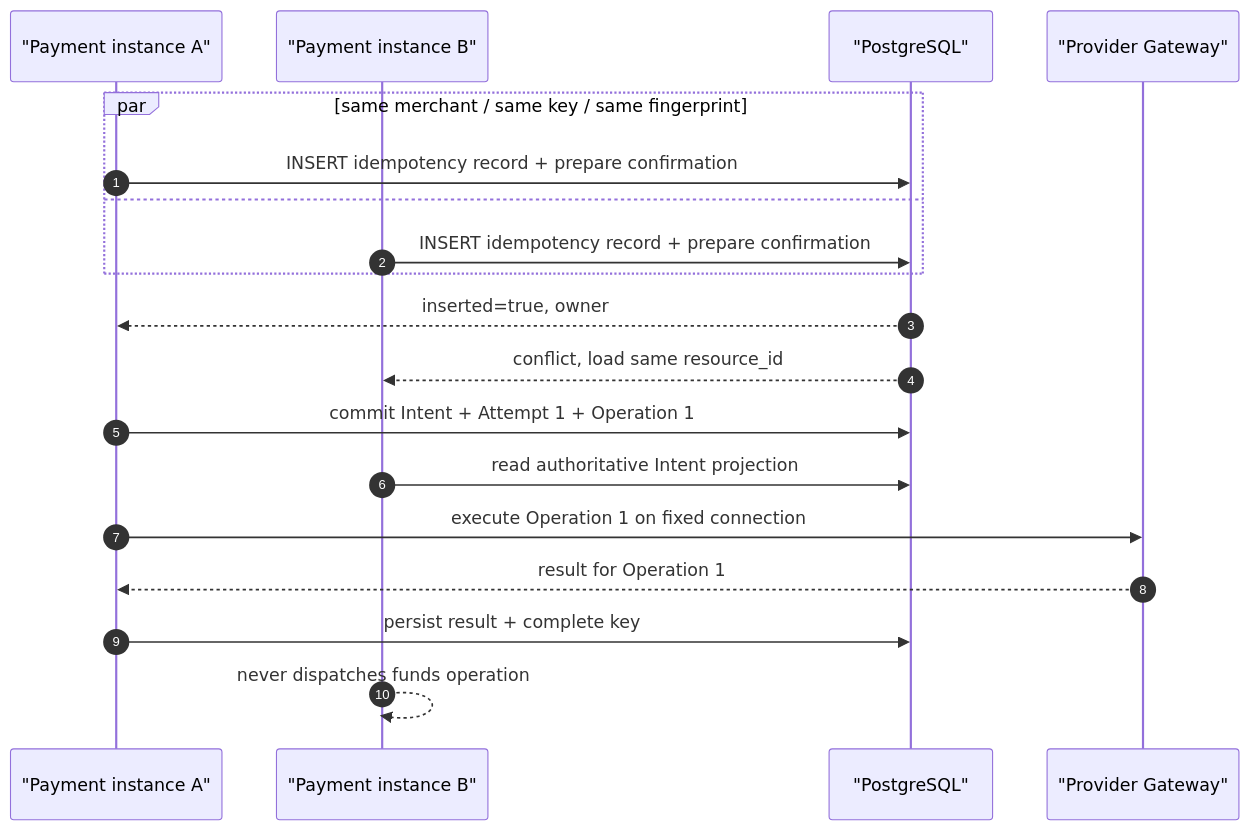
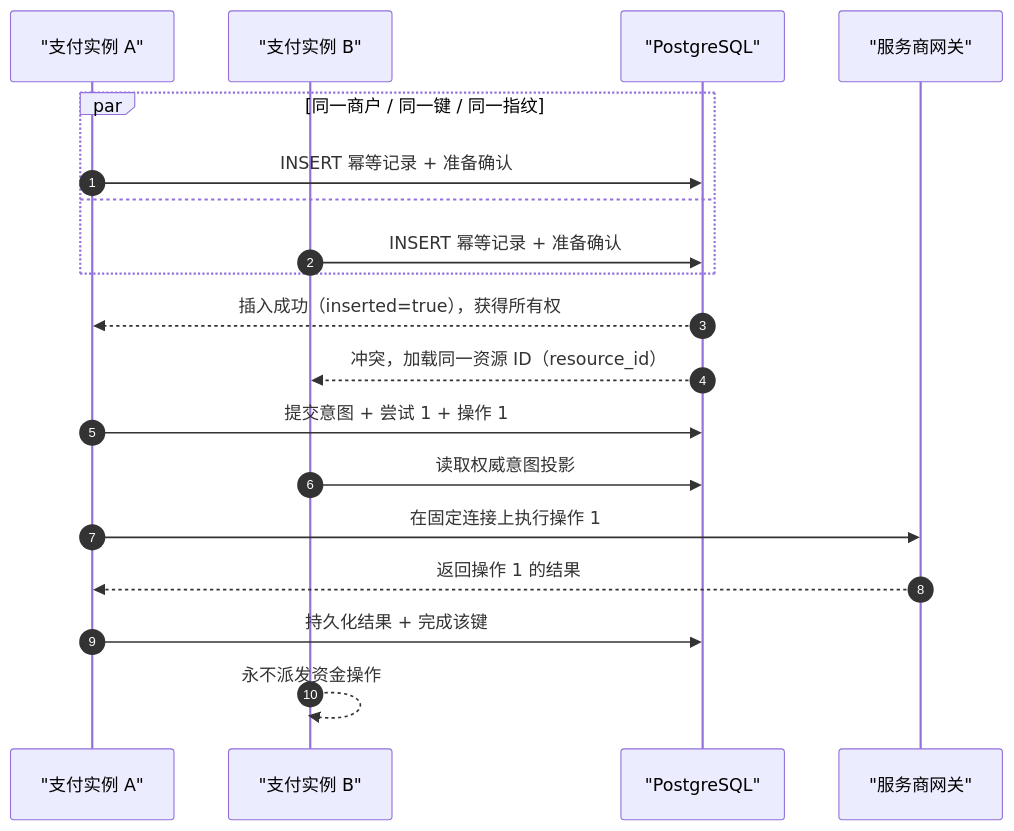
Before and after one commit to YouEclipse/Designing-Modern-Payment-Systems: the second of 5 diagrams in part-3-reliability/idempotency.md, drawn with Mermaid. The commit also changed other lines of this file and 59 other files, not shown here.

````diff
--- a/part-3-reliability/idempotency.md
+++ b/part-3-reliability/idempotency.md
@@ -137,22 +137,22 @@
 ```mermaid
 sequenceDiagram
     autonumber
-    participant A as "Payment instance A"
-    participant B as "Payment instance B"
+    participant A as "支付实例 A"
+    participant B as "支付实例 B"
     participant D as "PostgreSQL"
-    participant G as "Provider Gateway"
+    participant G as "服务商网关"
 
-    par same merchant / same key / same fingerprint
-        A->>D: INSERT idempotency record + prepare confirmation
+    par 同一商户 / 同一键 / 同一指纹
+        A->>D: INSERT 幂等记录 + 准备确认
     and
-        B->>D: INSERT idempotency record + prepare confirmation
+        B->>D: INSERT 幂等记录 + 准备确认
     end
-    D-->>A: inserted=true, owner
-    D-->>B: conflict, load same resource_id
-    A->>D: commit Intent + Attempt 1 + Operation 1
-    B->>D: read authoritative Intent projection
-    A->>G: execute Operation 1 on fixed connection
-    G-->>A: result for Operation 1
-    A->>D: persist result + complete key
-    B-->>B: never dispatches funds operation
+    D-->>A: 插入成功（inserted=true），获得所有权
+    D-->>B: 冲突，加载同一资源 ID（resource_id）
+    A->>D: 提交意图 + 尝试 1 + 操作 1
+    B->>D: 读取权威意图投影
+    A->>G: 在固定连接上执行操作 1
+    G-->>A: 返回操作 1 的结果
+    A->>D: 持久化结果 + 完成该键
+    B-->>B: 永不派发资金操作
 ```
````
